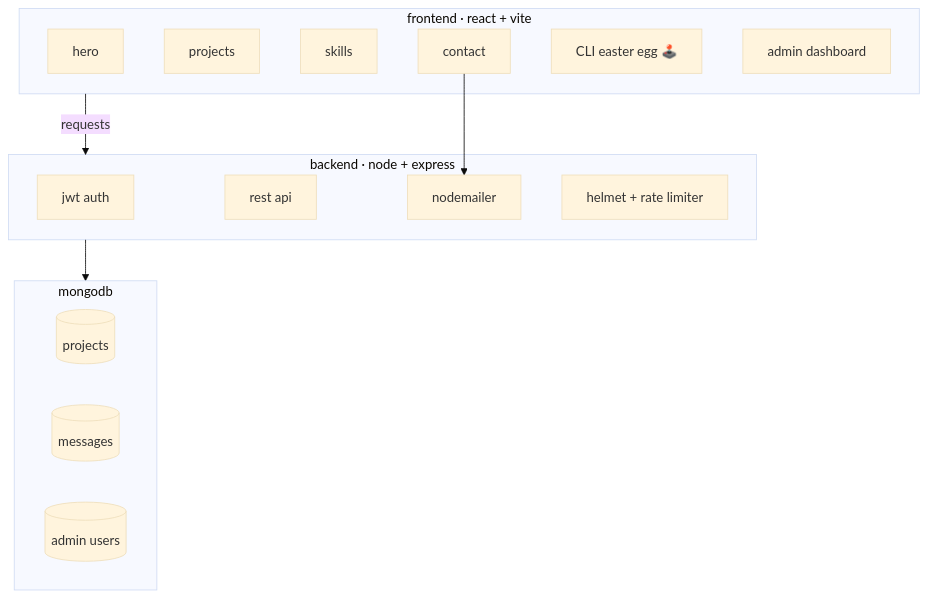
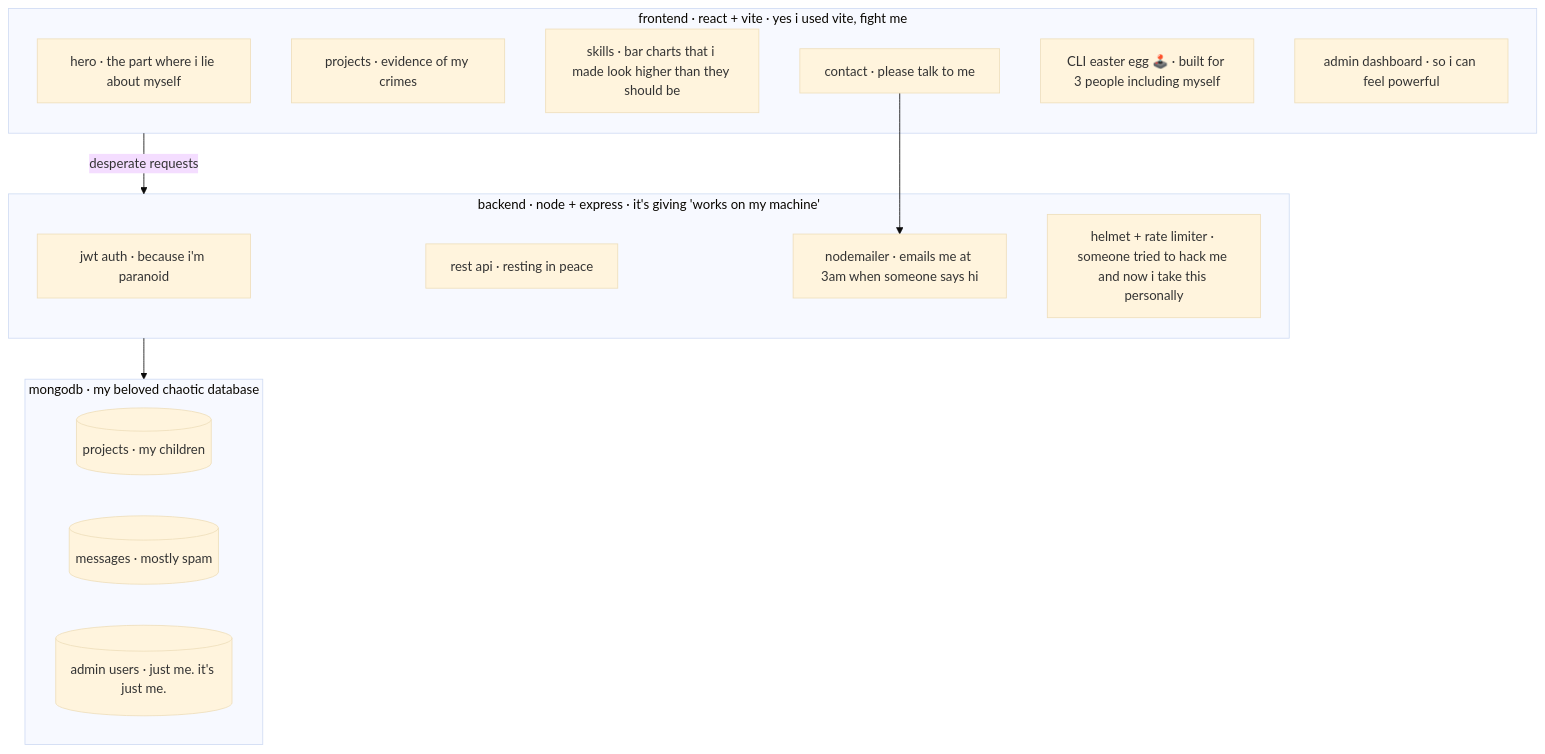
Before and after one commit to 3bdoKH/3bdoKH: the second of 3 diagrams in README.md, drawn with Mermaid (base theme). The commit also changed other lines of this file, not shown here.

````diff
--- a/README.md
+++ b/README.md
@@ -48,28 +49,28 @@
 ```mermaid
 graph TB
-    subgraph frontend ["frontend · react + vite"]
-        hero[hero]
-        projects[projects]
-        skills[skills]
-        contact[contact]
-        cli["CLI easter egg 🕹️"]
-        admin[admin dashboard]
+    subgraph frontend ["frontend · react + vite · yes i used vite, fight me"]
+        hero[hero · the part where i lie about myself]
+        projects[projects · evidence of my crimes]
+        skills[skills · bar charts that i made look higher than they should be]
+        contact[contact · please talk to me]
+        cli["CLI easter egg 🕹️ · built for 3 people including myself"]
+        admin[admin dashboard · so i can feel powerful]
     end
 
-    subgraph backend ["backend · node + express"]
-        auth[jwt auth]
-        api[rest api]
-        mail[nodemailer]
-        security["helmet + rate limiter"]
+    subgraph backend ["backend · node + express · it's giving 'works on my machine'"]
+        auth[jwt auth · because i'm paranoid]
+        api[rest api · resting in peace]
+        mail[nodemailer · emails me at 3am when someone says hi]
+        security["helmet + rate limiter · someone tried to hack me and now i take this personally"]
     end
 
-    subgraph db ["mongodb"]
-        p[(projects)]
-        m[(messages)]
-        u[(admin users)]
+    subgraph db ["mongodb · my beloved chaotic database"]
+        p[(projects · my children)]
+        m[(messages · mostly spam)]
+        u[(admin users · just me. it's just me.)]
     end
 
-    frontend -->|requests| backend
+    frontend -->|desperate requests| backend
     backend --> db
     contact --> mail
 ```
````
